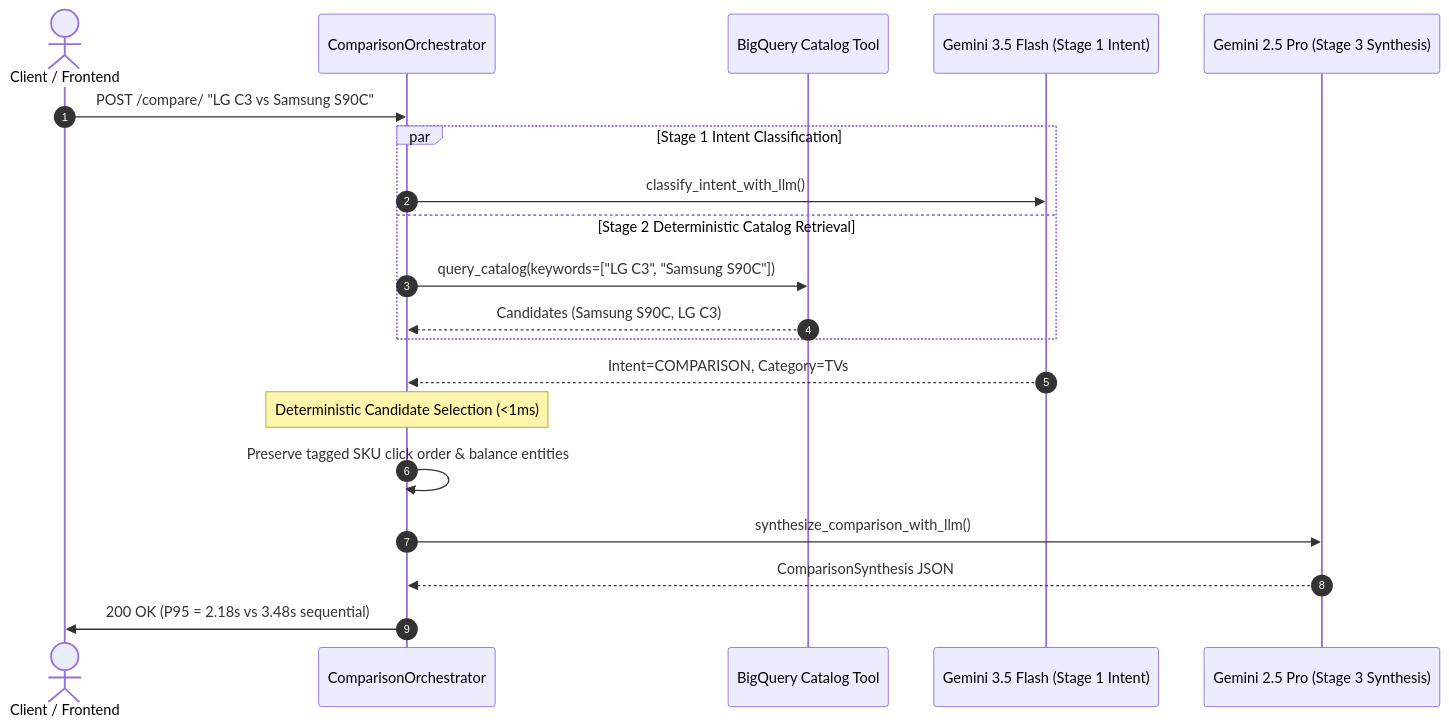
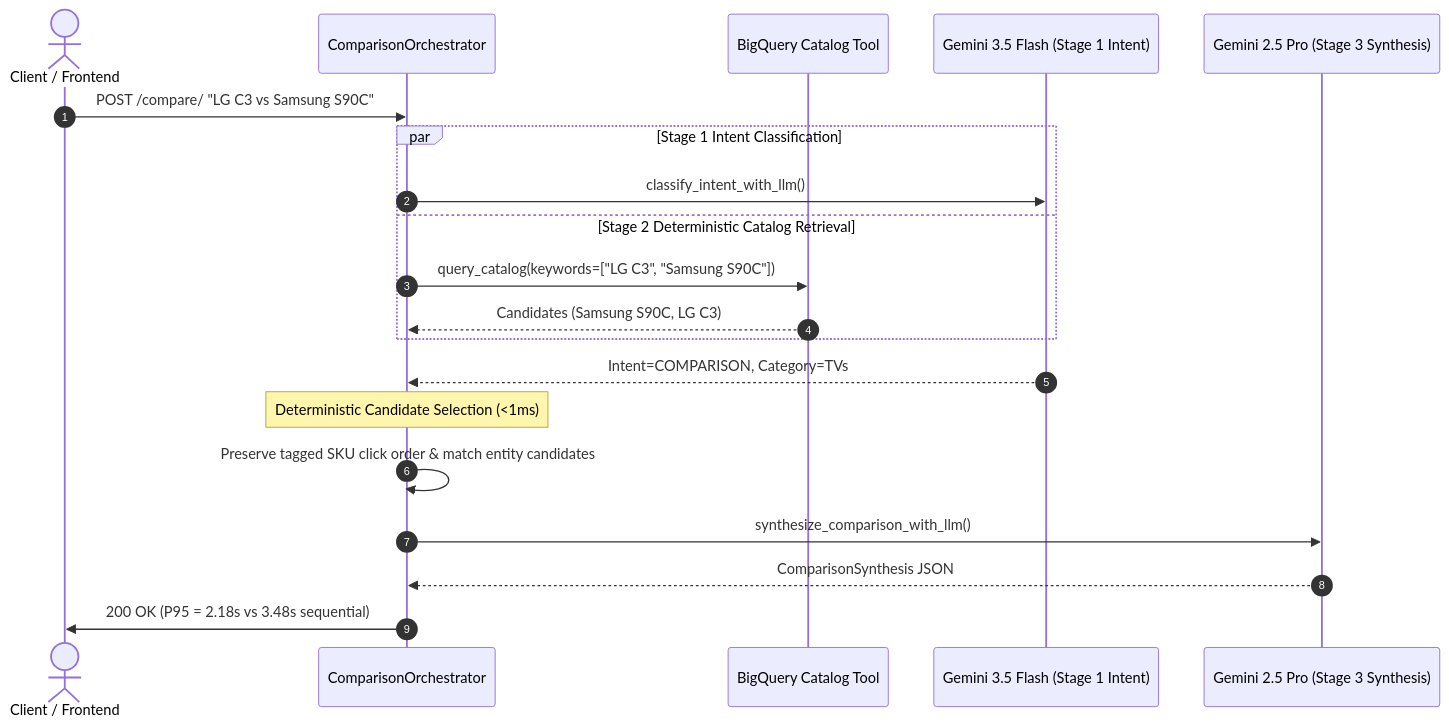
The fifth of 14 diagrams in ARCHITECTURE.md (willie3838/williamc-ecomm-capstone), drawn with Mermaid before and after one commit. The commit also changed other lines of this file and 7 other files, not shown here.

````diff
--- a/ARCHITECTURE.md
+++ b/ARCHITECTURE.md
@@ -580,23 +580,23 @@
 ```mermaid
 sequenceDiagram
     autonumber
     actor Client as Client / Frontend
     participant Orchestrator as ComparisonOrchestrator
     participant BigQuery as BigQuery Catalog Tool
     participant LLM_Stage1 as Gemini 3.5 Flash (Stage 1 Intent)
     participant LLM_Stage3 as Gemini 2.5 Pro (Stage 3 Synthesis)
 
     Client->>Orchestrator: POST /compare/ "LG C3 vs Samsung S90C"
     par Stage 1 Intent Classification
         Orchestrator->>LLM_Stage1: classify_intent_with_llm()
     and Stage 2 Deterministic Catalog Retrieval
         Orchestrator->>BigQuery: query_catalog(keywords=["LG C3", "Samsung S90C"])
         BigQuery-->>Orchestrator: Candidates (Samsung S90C, LG C3)
     end
     LLM_Stage1-->>Orchestrator: Intent=COMPARISON, Category=TVs
     Note over Orchestrator: Deterministic Candidate Selection (<1ms)
-    Orchestrator->>Orchestrator: Preserve tagged SKU click order & balance entities
+    Orchestrator->>Orchestrator: Preserve tagged SKU click order & match entity candidates
     Orchestrator->>LLM_Stage3: synthesize_comparison_with_llm()
     LLM_Stage3-->>Orchestrator: ComparisonSynthesis JSON
     Orchestrator->>Client: 200 OK (P95 = 2.18s vs 3.48s sequential)
 ```
````
